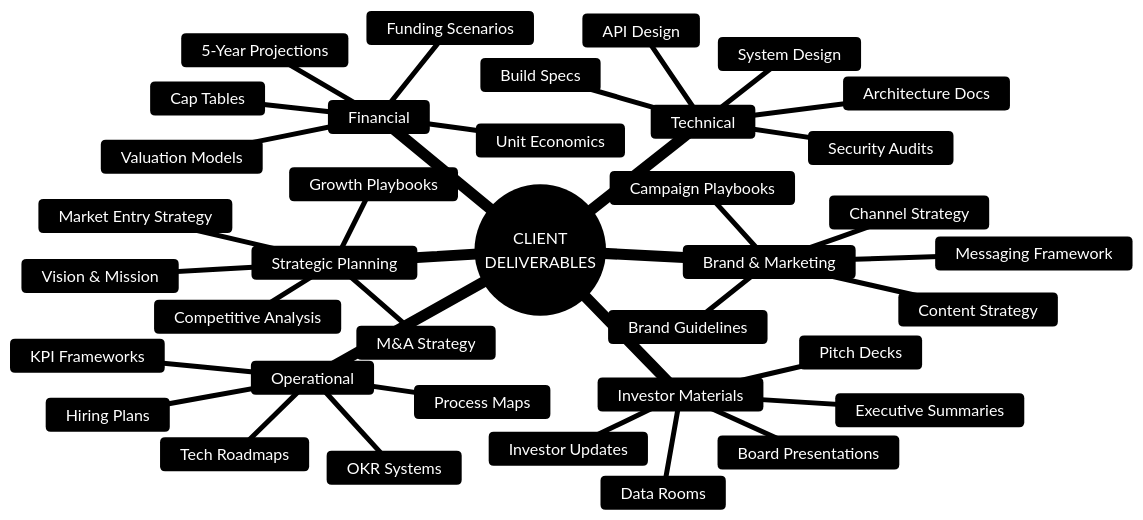
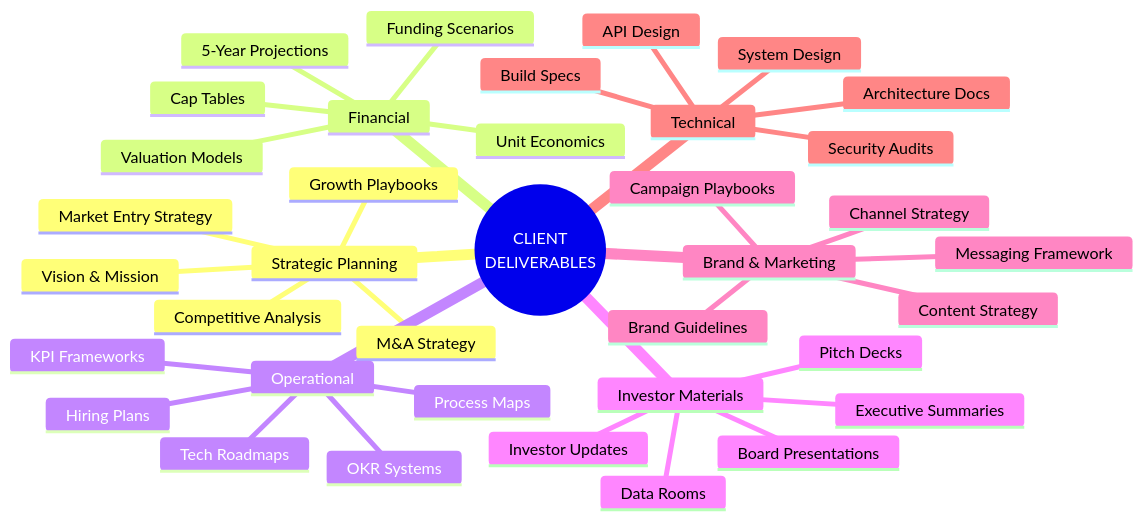
Before and after one commit to Light-Brands/light-consulting: the fourth of 13 diagrams in docs/resources/ai-intelligence-ecosystem.md, drawn with Mermaid. The commit also changed other lines of this file, not shown here.

First line of the commit message:
Soften mermaid diagram colors for better readability

````diff
--- a/docs/resources/ai-intelligence-ecosystem.md
+++ b/docs/resources/ai-intelligence-ecosystem.md
@@ -183,41 +183,41 @@
 ```mermaid
-%%{init: {'theme': 'base', 'themeVariables': { 'primaryColor': '#1a1a2e', 'primaryTextColor': '#fff'}}}%%
+%%{init: {'theme': 'default'}}%%
 mindmap
   root((CLIENT<br/>DELIVERABLES))
     Strategic Planning
       Vision & Mission
       Market Entry Strategy
       Competitive Analysis
       Growth Playbooks
       M&A Strategy
     Financial
       5-Year Projections
       Unit Economics
       Cap Tables
       Funding Scenarios
       Valuation Models
     Operational
       Process Maps
       Tech Roadmaps
       Hiring Plans
       KPI Frameworks
       OKR Systems
     Investor Materials
       Pitch Decks
       Executive Summaries
       Data Rooms
       Board Presentations
       Investor Updates
     Brand & Marketing
       Brand Guidelines
       Messaging Framework
       Content Strategy
       Campaign Playbooks
       Channel Strategy
     Technical
       Architecture Docs
       System Design
       Build Specs
       API Design
       Security Audits
 ```
````
